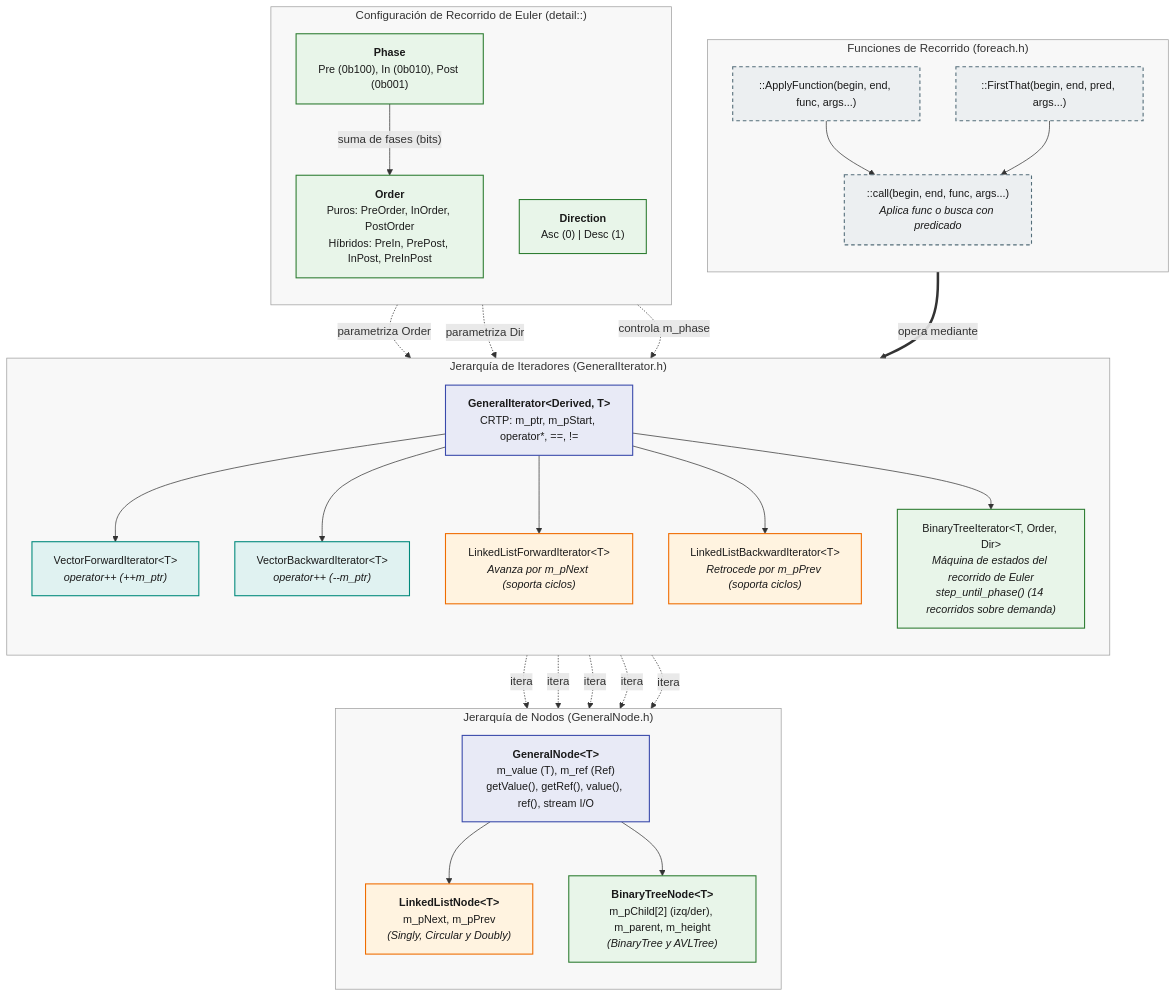
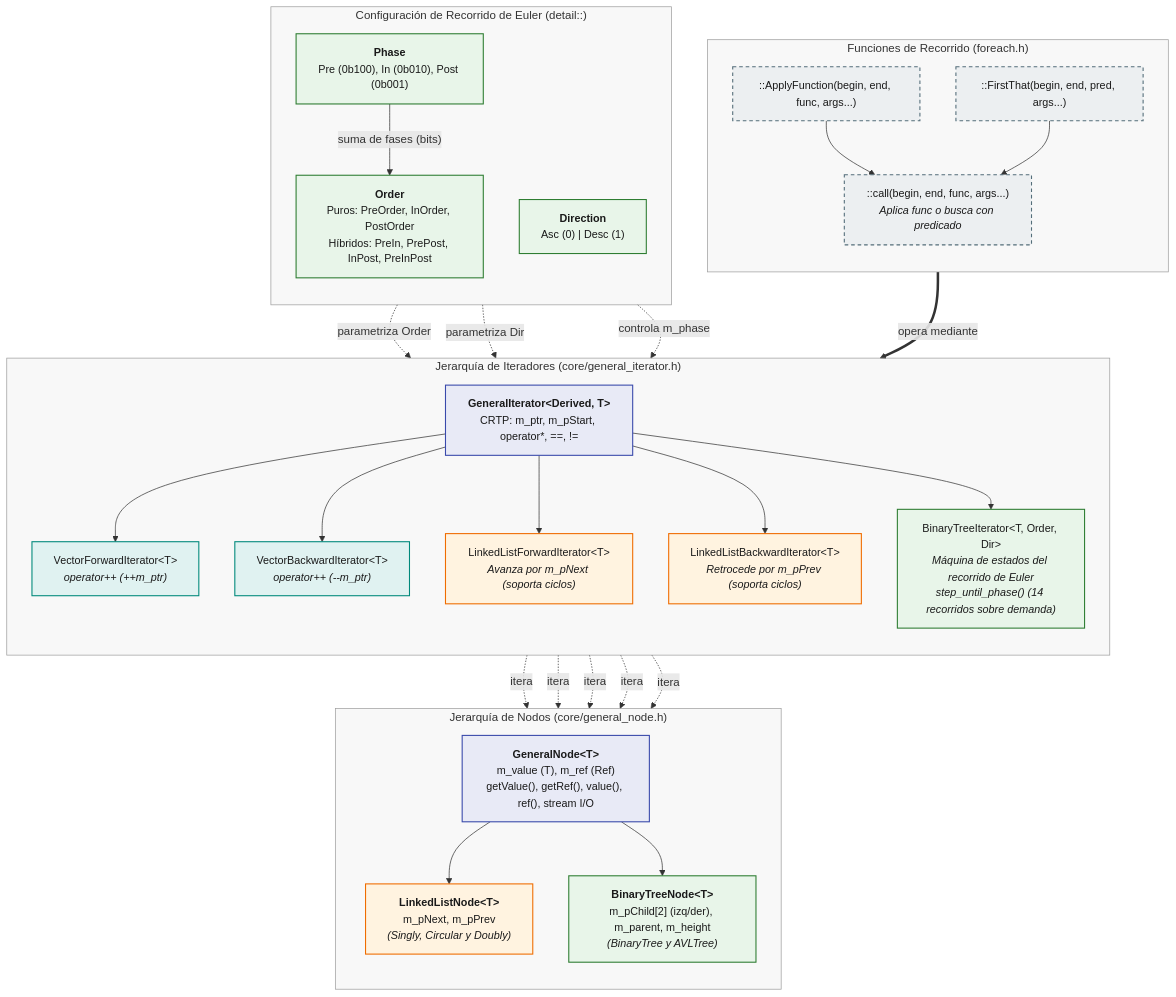
One commit to AldoLunaBueno/2026-II-CS-UNI-CC0E5-AEDAv changed the third of 11 diagrams in README.md. Above: the diagram before and after it, drawn with Mermaid. The commit also changed other lines of this file and 36 other files, not shown here.

Commit message:
refactor: uniformizar estructura y nombres de archivos de código y diagramas

````diff
--- a/README.md
+++ b/README.md
@@ -178,78 +178,78 @@
 ```mermaid
 flowchart TB
     subgraph ALGO["Funciones de Recorrido (foreach.h)"]
         direction TB
         CALL["::call(begin, end, func, args...)<br/><i>Aplica func o busca con predicado</i>"]
         APP_FN["::ApplyFunction(begin, end, func, args...)"]
         FIRST["::FirstThat(begin, end, pred, args...)"]
         
         APP_FN --> CALL
         FIRST --> CALL
     end
 
     subgraph ENUMS["Configuración de Recorrido de Euler (detail::)"]
         direction TB
         PH["<b>Phase</b><br/>Pre (0b100), In (0b010), Post (0b001)"]
         ORD["<b>Order</b><br/>Puros: PreOrder, InOrder, PostOrder<br/>Híbridos: PreIn, PrePost, InPost, PreInPost"]
         DIR["<b>Direction</b><br/>Asc (0) | Desc (1)"]
         PH -->|"suma de fases (bits)"| ORD
     end
 
-    subgraph ITER["Jerarquía de Iteradores (GeneralIterator.h)"]
+    subgraph ITER["Jerarquía de Iteradores (core/general_iterator.h)"]
         direction TB
         GI["<b>GeneralIterator#lt;Derived, T#gt;</b><br/>CRTP: m_ptr, m_pStart, operator*, ==, !="]
         
         VFI["VectorForwardIterator#lt;T#gt;<br/><i>operator++ (++m_ptr)</i>"]
         VBI["VectorBackwardIterator#lt;T#gt;<br/><i>operator++ (--m_ptr)</i>"]
         
         LLFI["LinkedListForwardIterator#lt;T#gt;<br/><i>Avanza por m_pNext (soporta ciclos)</i>"]
         LLBI["LinkedListBackwardIterator#lt;T#gt;<br/><i>Retrocede por m_pPrev (soporta ciclos)</i>"]
         
         BTI["BinaryTreeIterator#lt;T, Order, Dir#gt;<br/><i>Máquina de estados del recorrido de Euler<br/>step_until_phase() (14 recorridos sobre demanda)</i>"]
 
         GI --> VFI
         GI --> VBI
         GI --> LLFI
         GI --> LLBI
         GI --> BTI
     end
 
-    subgraph NODOS["Jerarquía de Nodos (GeneralNode.h)"]
+    subgraph NODOS["Jerarquía de Nodos (core/general_node.h)"]
         direction TB
         GN["<b>GeneralNode#lt;T#gt;</b><br/>m_value (T), m_ref (Ref)<br/>getValue(), getRef(), value(), ref(), stream I/O"]
         
         LLN["<b>LinkedListNode#lt;T#gt;</b><br/>m_pNext, m_pPrev<br/><i>(Singly, Circular y Doubly)</i>"]
         
         BTN["<b>BinaryTreeNode#lt;T#gt;</b><br/>m_pChild[2] (izq/der), m_parent, m_height<br/><i>(BinaryTree y AVLTree)</i>"]
 
         GN --> LLN
         GN --> BTN
     end
 
     CALL ==>|"opera mediante"| GI
     ORD -. "parametriza Order" .-> BTI
     DIR -. "parametriza Dir" .-> BTI
     PH -. "controla m_phase" .-> BTI
     VFI -. "itera" .-> GN
     VBI -. "itera" .-> GN
     LLFI -. "itera" .-> LLN
     LLBI -. "itera" .-> LLN
     BTI -. "itera" .-> BTN
 
     classDef base fill:#E8EAF6,stroke:#3949AB,color:#1A1A1A,stroke-width:1.5px,font-size:15px;
     classDef vec fill:#E0F2F1,stroke:#00897B,color:#1A1A1A,stroke-width:1.5px,font-size:15px;
     classDef lista fill:#FFF3E0,stroke:#EF6C00,color:#1A1A1A,stroke-width:1.5px,font-size:15px;
     classDef arbol fill:#E8F5E9,stroke:#2E7D32,color:#1A1A1A,stroke-width:1.5px,font-size:15px;
     classDef libre fill:#ECEFF1,stroke:#546E7A,stroke-dasharray:5 4,color:#1A1A1A,stroke-width:1.5px,font-size:15px;
 
     class GI,GN base
     class VFI,VBI vec
     class LLFI,LLBI,LLN lista
     class BTI,BTN,PH,ORD,DIR arbol
     class CALL,APP_FN,FIRST libre
 
     style ALGO fill:#8080800F,stroke:#9E9E9E,stroke-width:1px
     style ENUMS fill:#8080800F,stroke:#9E9E9E,stroke-width:1px
     style ITER fill:#8080800F,stroke:#9E9E9E,stroke-width:1px
     style NODOS fill:#8080800F,stroke:#9E9E9E,stroke-width:1px
 ```
````
